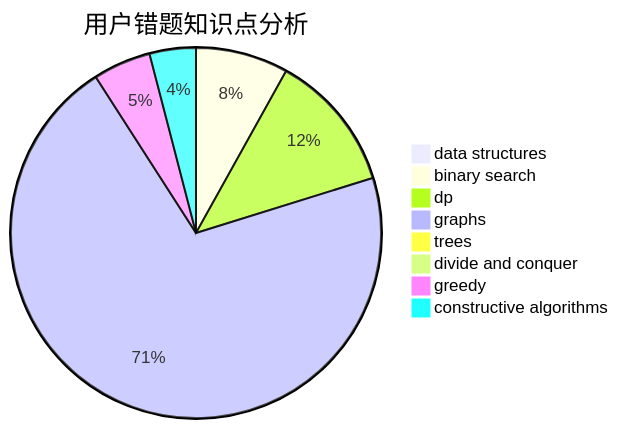
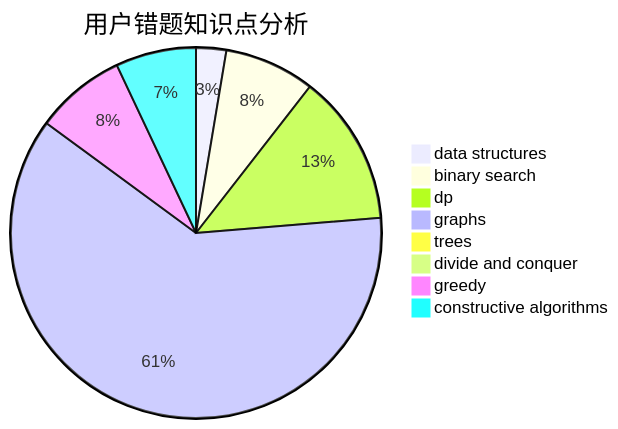
One commit to sherpahu/cfrs.github.io changed the third of 3 diagrams in docs/user/u1400.md. Above: the diagram before and after it, drawn with Mermaid. The commit also changed other lines of this file and 2770 other files, not shown here.

````diff
--- a/docs/user/u1400.md
+++ b/docs/user/u1400.md
@@ -36,11 +36,11 @@
 ```mermaid
 pie title 用户错题知识点分析
-    "data structures" :  0
-    "binary search" :  8
-    "dp" :  12
+    "data structures" :  3
+    "binary search" :  9
+    "dp" :  15
     "graphs" :  70
     "trees" :  0
     "divide and conquer" :  0
-    "greedy" :  5
-    "constructive algorithms" :  4
+    "greedy" :  9
+    "constructive algorithms" :  8
 ```
````
